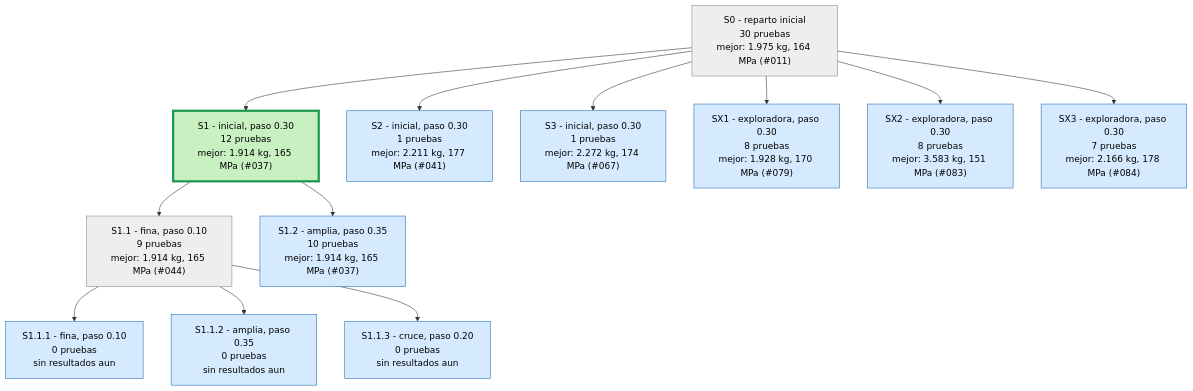
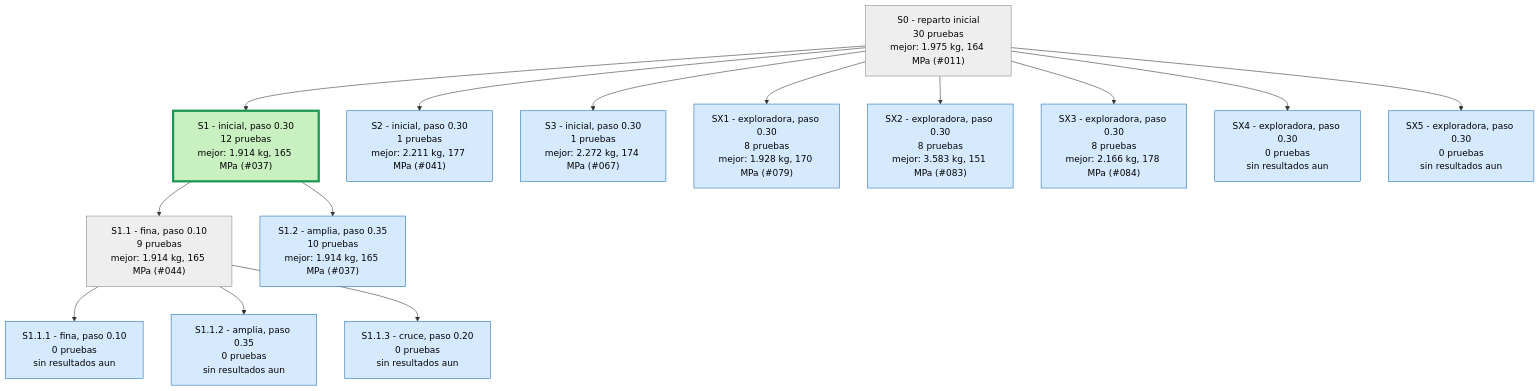
Before and after one commit to Hugiko/msd-soporte-optimizacion: the first of 4 diagrams in runs/opt_37800N/ARBOL.md, drawn with Mermaid. The commit also changed 21 other files, not shown here.

````diff
--- a/runs/opt_37800N/ARBOL.md
+++ b/runs/opt_37800N/ARBOL.md
@@ -9,29 +9,33 @@
 ```mermaid
 graph TD
 classDef activa fill:#d6eaff,stroke:#1f6fb5,color:#000
 classDef fin fill:#eeeeee,stroke:#888,color:#000
 classDef mejor fill:#c8f0c0,stroke:#1a9850,stroke-width:4px,color:#000
 S0["S0 - reparto inicial<br/>30 pruebas<br/>mejor: 1.975 kg, 164 MPa (#011)"]:::fin
 S1["S1 - inicial, paso 0.30<br/>12 pruebas<br/>mejor: 1.914 kg, 165 MPa (#037)"]:::mejor
 S0 --> S1
 S2["S2 - inicial, paso 0.30<br/>1 pruebas<br/>mejor: 2.211 kg, 177 MPa (#041)"]:::activa
 S0 --> S2
 S3["S3 - inicial, paso 0.30<br/>1 pruebas<br/>mejor: 2.272 kg, 174 MPa (#067)"]:::activa
 S0 --> S3
 S1_1["S1.1 - fina, paso 0.10<br/>9 pruebas<br/>mejor: 1.914 kg, 165 MPa (#044)"]:::fin
 S1 --> S1_1
 S1_2["S1.2 - amplia, paso 0.35<br/>10 pruebas<br/>mejor: 1.914 kg, 165 MPa (#037)"]:::activa
 S1 --> S1_2
 S1_1_1["S1.1.1 - fina, paso 0.10<br/>0 pruebas<br/>sin resultados aun"]:::activa
 S1_1 --> S1_1_1
 S1_1_2["S1.1.2 - amplia, paso 0.35<br/>0 pruebas<br/>sin resultados aun"]:::activa
 S1_1 --> S1_1_2
 S1_1_3["S1.1.3 - cruce, paso 0.20<br/>0 pruebas<br/>sin resultados aun"]:::activa
 S1_1 --> S1_1_3
 SX1["SX1 - exploradora, paso 0.30<br/>8 pruebas<br/>mejor: 1.928 kg, 170 MPa (#079)"]:::activa
 S0 --> SX1
 SX2["SX2 - exploradora, paso 0.30<br/>8 pruebas<br/>mejor: 3.583 kg, 151 MPa (#083)"]:::activa
 S0 --> SX2
-SX3["SX3 - exploradora, paso 0.30<br/>7 pruebas<br/>mejor: 2.166 kg, 178 MPa (#084)"]:::activa
+SX3["SX3 - exploradora, paso 0.30<br/>8 pruebas<br/>mejor: 2.166 kg, 178 MPa (#084)"]:::activa
 S0 --> SX3
+SX4["SX4 - exploradora, paso 0.30<br/>0 pruebas<br/>sin resultados aun"]:::activa
+S0 --> SX4
+SX5["SX5 - exploradora, paso 0.30<br/>0 pruebas<br/>sin resultados aun"]:::activa
+S0 --> SX5
 ```
````
